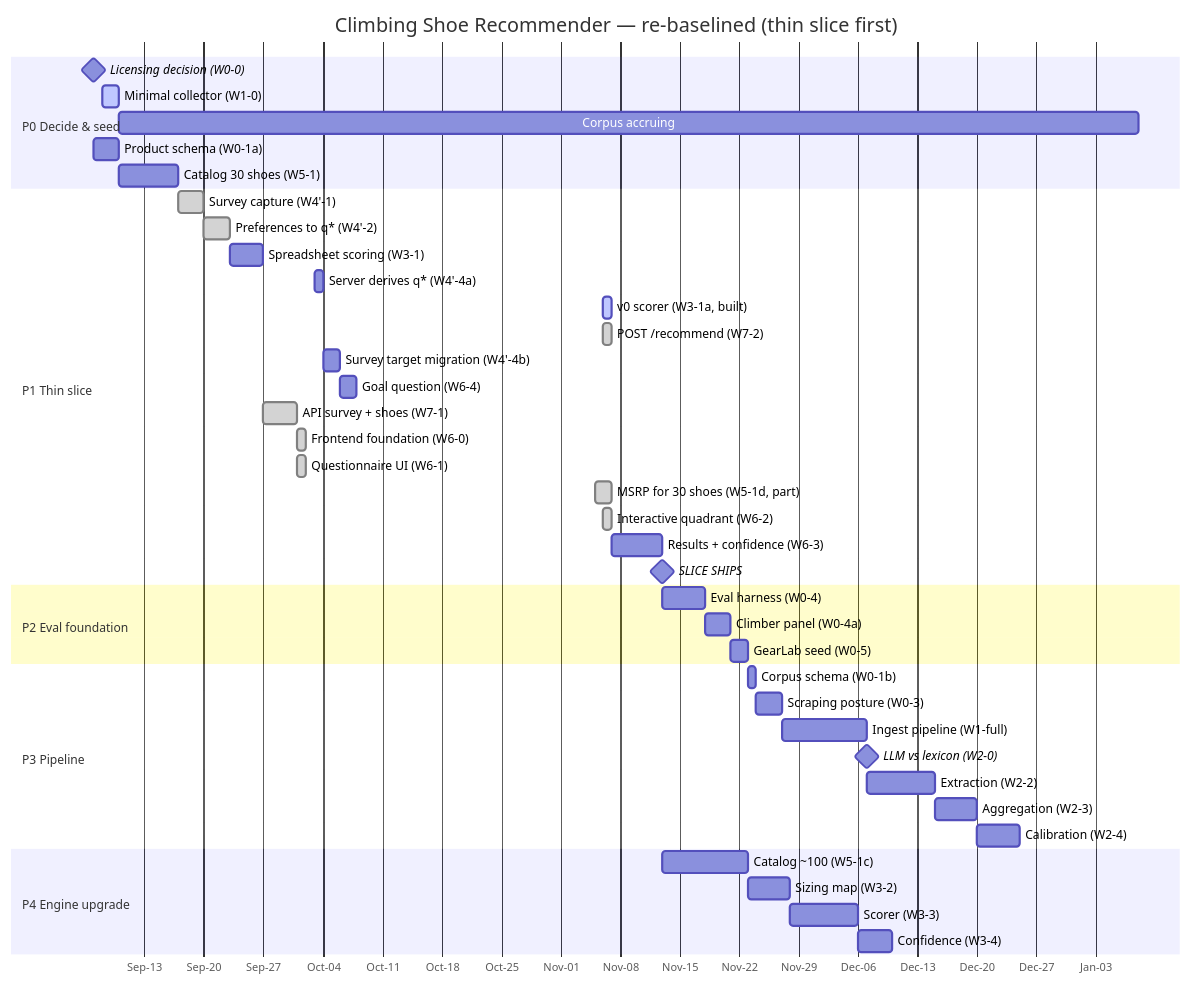
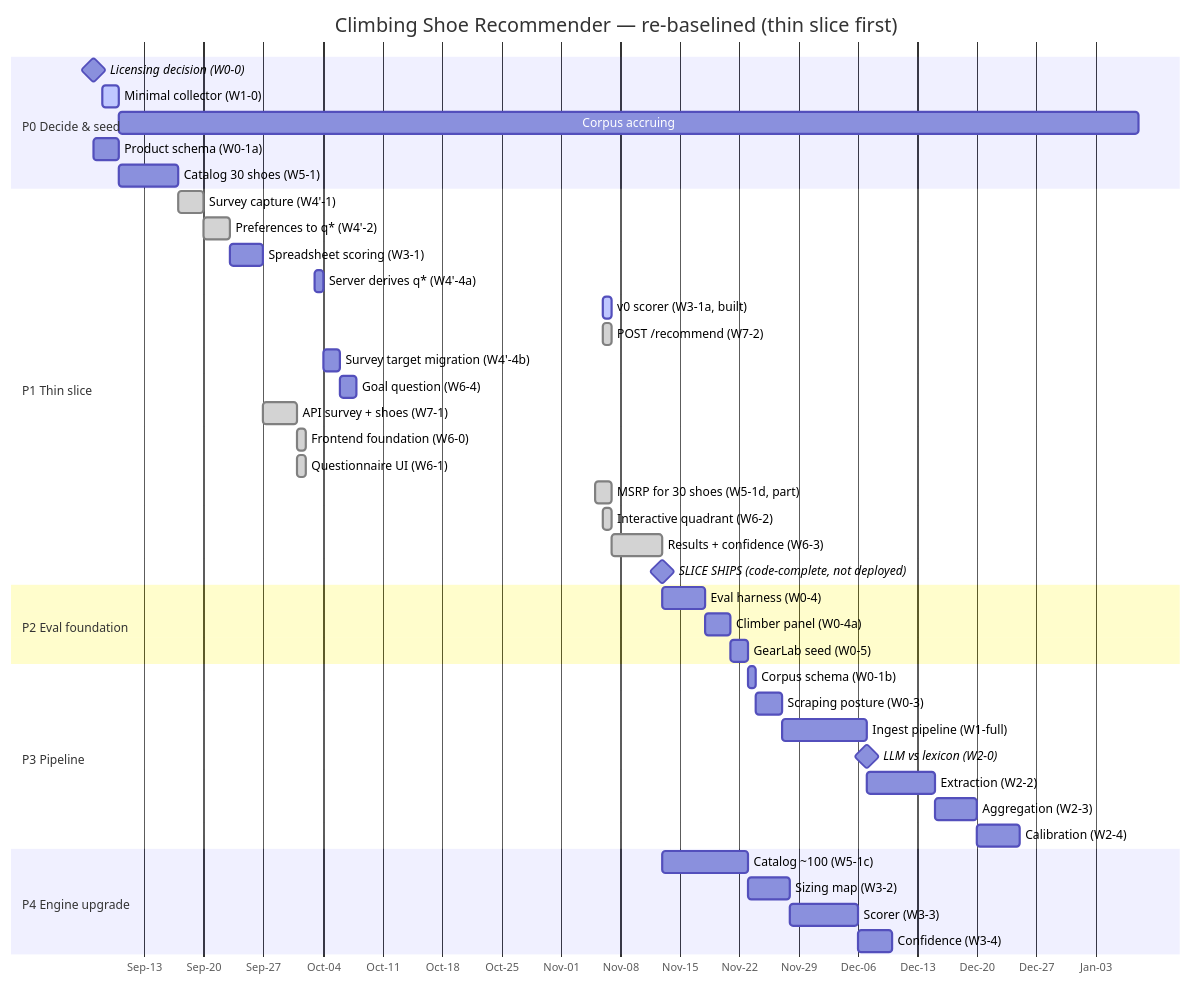
The second of 2 diagrams in timeline.md (barlu3/CruxUp), drawn with Mermaid before and after one commit. The commit also changed other lines of this file and 2 other files, not shown here.

First line of the commit message:
W6-3-I: timeline v3.7, ARCHITECTURE §4.14 and SETUP for the results page

````diff
--- a/timeline.md
+++ b/timeline.md
@@ -665,50 +666,50 @@
 ```mermaid
 gantt
   title Climbing Shoe Recommender — re-baselined (thin slice first)
   dateFormat YYYY-MM-DD
   axisFormat %b-%d
 
   section P0 Decide & seed
   Licensing decision (W0-0)        :milestone, m0, 2026-09-07, 0d
   Minimal collector (W1-0)         :active, c0, 2026-09-08, 2d
   Corpus accruing                  :c1, after c0, 120d
   Product schema (W0-1a)           :p0a, 2026-09-07, 3d
   Catalog 30 shoes (W5-1)          :p0b, after p0a, 7d
 
   section P1 Thin slice
   Survey capture (W4'-1)           :done, p1a0, 2026-09-17, 3d
   Preferences to q* (W4'-2)        :done, p1a, after p1a0, 3d
   Spreadsheet scoring (W3-1)       :p1b, after p1a, 4d
   Server derives q* (W4'-4a)       :p1b5, 2026-10-03, 1d
   v0 scorer (W3-1a, built)         :active, p1b4, 2026-11-06, 1d
   POST /recommend (W7-2)           :done, p1d2, 2026-11-06, 1d
   Survey target migration (W4'-4b) :p1f, after p1b5, 2d
   Goal question (W6-4)             :p1g, after p1f, 2d
   API survey + shoes (W7-1)        :done, p1b2, after p1b, 4d
   Frontend foundation (W6-0)       :done, p1b3, 2026-10-01, 1d
   Questionnaire UI (W6-1)          :done, p1c, 2026-10-01, 1d
   MSRP for 30 shoes (W5-1d, part)  :done, p1m, 2026-11-05, 2d
   Interactive quadrant (W6-2)      :done, p1d, 2026-11-06, 1d
-  Results + confidence (W6-3)      :p1e, after p1d p1d2, 6d
-  SLICE SHIPS                      :milestone, m1, after p1e, 0d
+  Results + confidence (W6-3)      :done, p1e, after p1d p1d2, 6d
+  SLICE SHIPS (code-complete, not deployed) :milestone, m1, after p1e, 0d
 
   section P2 Eval foundation
   Eval harness (W0-4)              :p2a, after p1e, 5d
   Climber panel (W0-4a)            :p2b, after p2a, 3d
   GearLab seed (W0-5)              :p2c, after p2b, 2d
 
   section P3 Pipeline
   Corpus schema (W0-1b)            :p3a, after p2c, 1d
   Scraping posture (W0-3)          :p3b, after p3a, 3d
   Ingest pipeline (W1-full)        :p3c, after p3b, 10d
   LLM vs lexicon (W2-0)            :milestone, m2, after p3c, 0d
   Extraction (W2-2)                :p3d, after p3c, 8d
   Aggregation (W2-3)               :p3e, after p3d, 5d
   Calibration (W2-4)               :p3f, after p3e, 5d
 
   section P4 Engine upgrade
   Catalog ~100 (W5-1c)             :p4w, after m1, 10d
   Sizing map (W3-2)                :p4a, after p4w, 5d
   Scorer (W3-3)                    :p4b, after p4a, 8d
   Confidence (W3-4)                :p4c, after p4b, 4d
 ```
````
